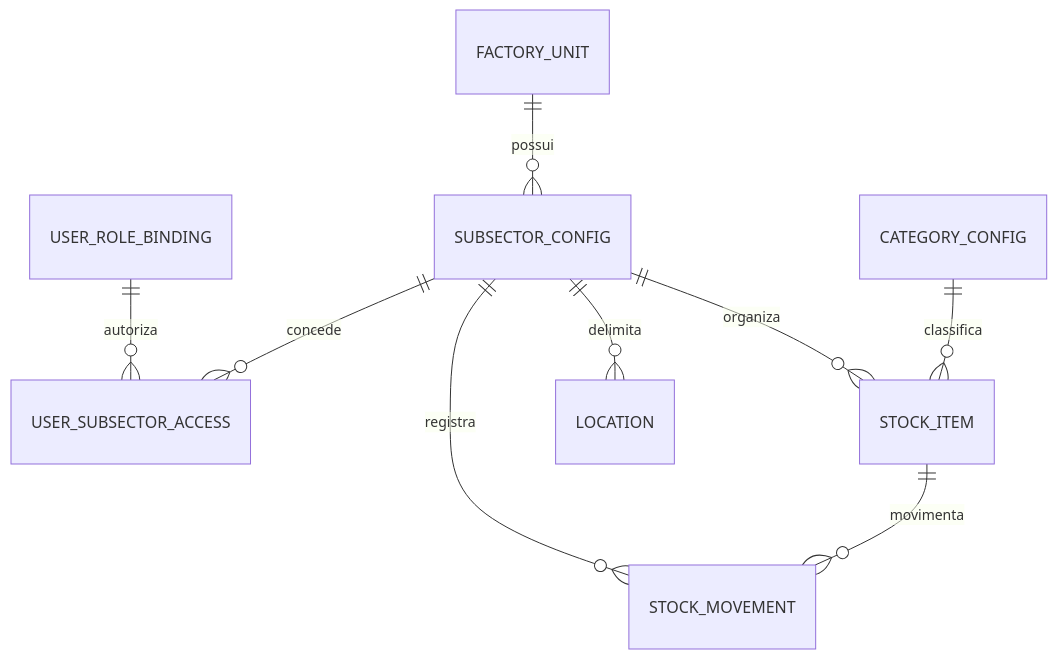
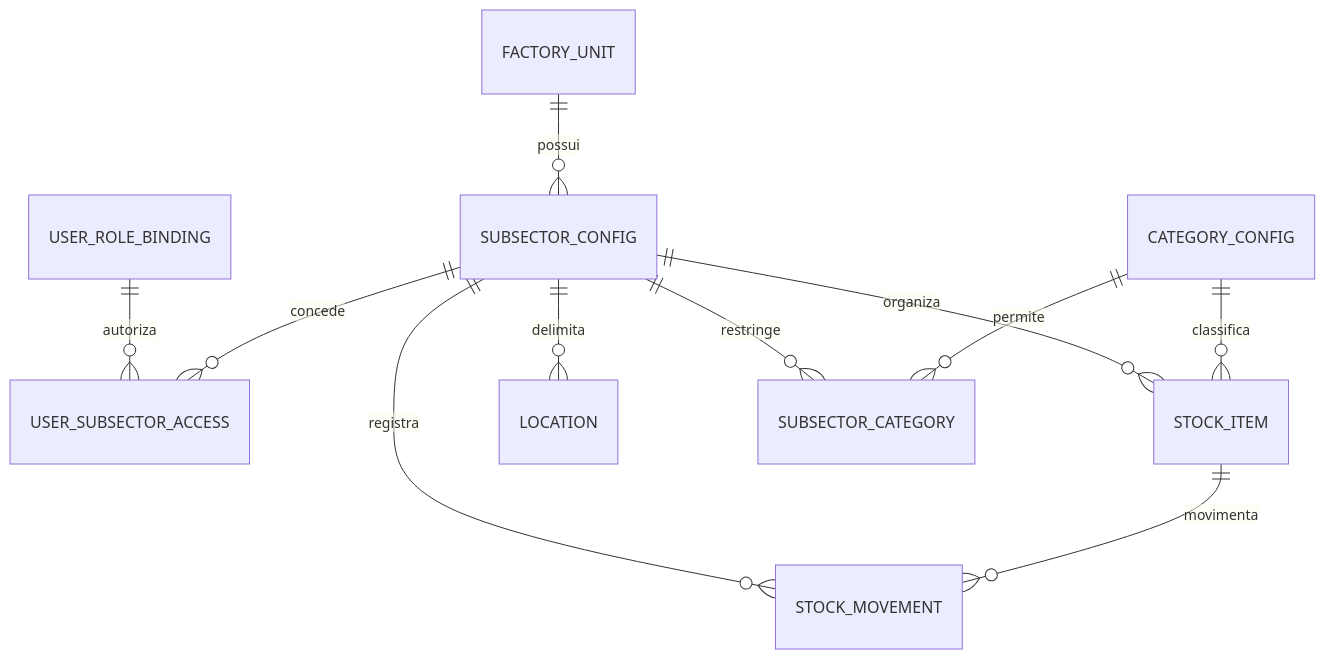
Before and after one commit to hellennverenaa/sobracorte: the diagram in ANALISE-SUBSETORES-E-CLASSIFICACOES.md, drawn with Mermaid. The commit also changed other lines of this file, not shown here.

````diff
--- a/ANALISE-SUBSETORES-E-CLASSIFICACOES.md
+++ b/ANALISE-SUBSETORES-E-CLASSIFICACOES.md
@@ -67,11 +67,13 @@
 ```mermaid
 erDiagram
     FACTORY_UNIT ||--o{ SUBSECTOR_CONFIG : possui
     USER_ROLE_BINDING ||--o{ USER_SUBSECTOR_ACCESS : autoriza
     SUBSECTOR_CONFIG ||--o{ USER_SUBSECTOR_ACCESS : concede
     SUBSECTOR_CONFIG ||--o{ STOCK_ITEM : organiza
     SUBSECTOR_CONFIG ||--o{ LOCATION : delimita
     SUBSECTOR_CONFIG ||--o{ STOCK_MOVEMENT : registra
+    SUBSECTOR_CONFIG ||--o{ SUBSECTOR_CATEGORY : restringe
+    CATEGORY_CONFIG ||--o{ SUBSECTOR_CATEGORY : permite
     CATEGORY_CONFIG ||--o{ STOCK_ITEM : classifica
     STOCK_ITEM ||--o{ STOCK_MOVEMENT : movimenta
 ```
````
